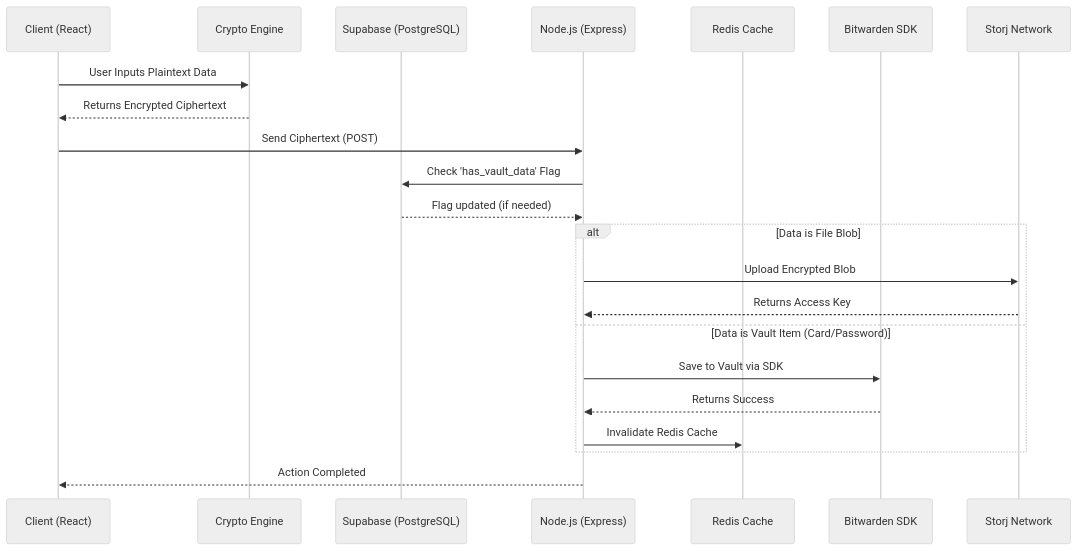
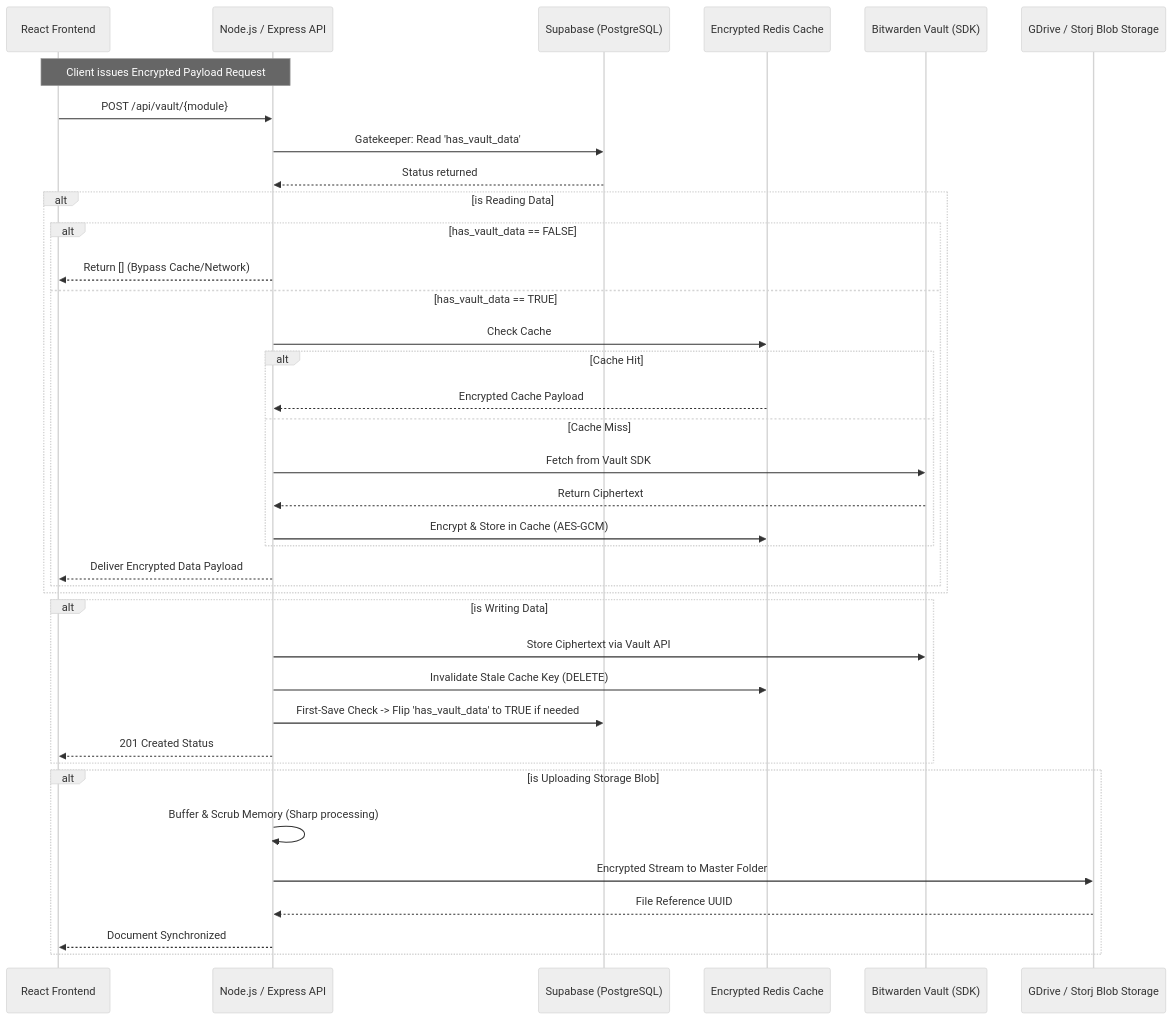
The diagram in README.md (Kryptes-Vault/Kryptes), drawn with Mermaid (neutral theme) before and after one commit. The commit also changed other lines of this file, not shown here.

````diff
--- a/README.md
+++ b/README.md
@@ -39,27 +65,45 @@
 ```mermaid
 sequenceDiagram
-    participant C as Client (React)
-    participant E as Crypto Engine
-    participant S as Supabase (PostgreSQL)
-    participant N as Node.js (Express)
-    participant R as Redis Cache
-    participant BW as Bitwarden SDK
-    participant ST as Storj Network
+    participant Front as React Frontend
+    participant Express as Node.js / Express API
+    participant Supa as Supabase (PostgreSQL)
+    participant Redis as Encrypted Redis Cache
+    participant BW as Bitwarden Vault (SDK)
+    participant Storage as GDrive / Storj Blob Storage
     
-    C->>E: User Inputs Plaintext Data
-    E-->>C: Returns Encrypted Ciphertext
-    C->>N: Send Ciphertext (POST)
-    N->>S: Check 'has_vault_data' Flag
-    S-->>N: Flag updated (if needed)
+    Note over Front, Express: Client issues Encrypted Payload Request
+    Front->>Express: POST /api/vault/{module}
+    
+    Express->>Supa: Gatekeeper: Read 'has_vault_data'
+    Supa-->>Express: Status returned
+    
+    alt is Reading Data
+        alt has_vault_data == FALSE
+            Express-->>Front: Return [] (Bypass Cache/Network)
+        else has_vault_data == TRUE
+            Express->>Redis: Check Cache
+            alt Cache Hit
+                Redis-->>Express: Encrypted Cache Payload
+            else Cache Miss
+                Express->>BW: Fetch from Vault SDK
+                BW-->>Express: Return Ciphertext
+                Express->>Redis: Encrypt & Store in Cache (AES-GCM)
+            end
+            Express-->>Front: Deliver Encrypted Data Payload
+        end
+    end
 
-    alt Data is File Blob
-        N->>ST: Upload Encrypted Blob
-        ST-->>N: Returns Access Key
-    else Data is Vault Item (Card/Password)
-        N->>BW: Save to Vault via SDK
-        BW-->>N: Returns Success
-        N->>R: Invalidate Redis Cache
+    alt is Writing Data
+        Express->>BW: Store Ciphertext via Vault API
+        Express->>Redis: Invalidate Stale Cache Key (DELETE)
+        Express->>Supa: First-Save Check -> Flip 'has_vault_data' to TRUE if needed
+        Express-->>Front: 201 Created Status
     end
-    
-    N-->>C: Action Completed
+
+    alt is Uploading Storage Blob
+        Express->>Express: Buffer & Scrub Memory (Sharp processing)
+        Express->>Storage: Encrypted Stream to Master Folder
+        Storage-->>Express: File Reference UUID
+        Express-->>Front: Document Synchronized
+    end
 ```
````
